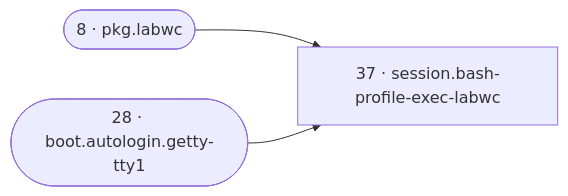
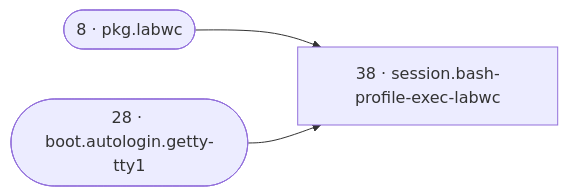
One commit to SixFive7/FrameLink changed diagram 11 of 21 in reference/reconcile-dag.md. Above: the diagram before and after it, drawn with Mermaid. The commit also changed other lines of this file and 5 other files, not shown here.

````diff
--- a/reference/reconcile-dag.md
+++ b/reference/reconcile-dag.md
@@ -372,8 +374,8 @@
 ```mermaid
 flowchart LR
-  r37["37 · session.bash-profile-exec-labwc"]
+  r38["38 · session.bash-profile-exec-labwc"]
   r8(["8 · pkg.labwc"])
   r28(["28 · boot.autologin.getty-tty1"])
-  r8 --> r37
-  r28 --> r37
+  r8 --> r38
+  r28 --> r38
 ```
````
